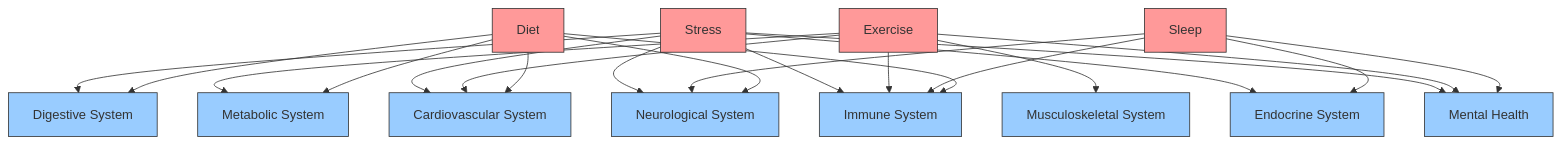
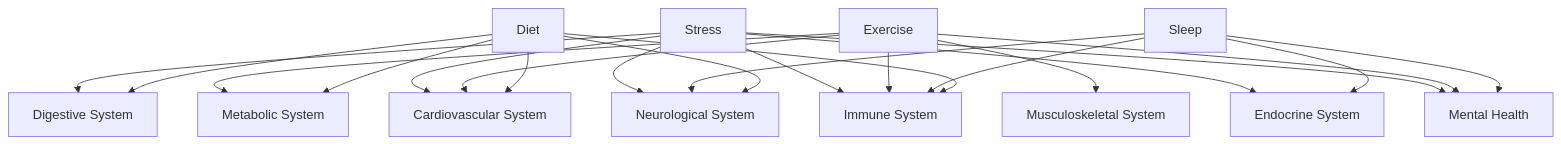
The third of 3 diagrams in SYSTEMS_MEDICINE_ENHANCEMENT.md (senthilcaesar/ai-doctor), drawn with Mermaid before and after one commit. The commit also changed other lines of this file and 1 other file, not shown here.

````diff
--- a/SYSTEMS_MEDICINE_ENHANCEMENT.md
+++ b/SYSTEMS_MEDICINE_ENHANCEMENT.md
@@ -213,43 +199,40 @@
 ```mermaid
 graph TD
-    classDef lifestyle fill:#ff9999,stroke:#333,stroke-width:1px
-    classDef system fill:#99ccff,stroke:#333,stroke-width:1px
+    Diet[Diet]
+    Sleep[Sleep]
+    Exercise[Exercise]
+    Stress[Stress]
 
-    Diet[Diet]:::lifestyle
-    Sleep[Sleep]:::lifestyle
-    Exercise[Exercise]:::lifestyle
-    Stress[Stress]:::lifestyle
-
-    NS[Neurological System]:::system
-    ES[Endocrine System]:::system
-    IS[Immune System]:::system
-    DS[Digestive System]:::system
-    CS[Cardiovascular System]:::system
-    MS[Musculoskeletal System]:::system
-    MH[Mental Health]:::system
-    MT[Metabolic System]:::system
+    NS[Neurological System]
+    ES[Endocrine System]
+    IS[Immune System]
+    DS[Digestive System]
+    CS[Cardiovascular System]
+    MS[Musculoskeletal System]
+    MH[Mental Health]
+    MT[Metabolic System]
 
     Diet --> DS
     Diet --> IS
     Diet --> MT
     Diet --> CS
     Diet --> NS
 
     Sleep --> NS
     Sleep --> ES
     Sleep --> IS
     Sleep --> MH
 
     Exercise --> MS
     Exercise --> CS
     Exercise --> MT
     Exercise --> MH
     Exercise --> IS
 
     Stress --> MH
     Stress --> NS
     Stress --> ES
     Stress --> IS
     Stress --> DS
     Stress --> CS
 ```
````
